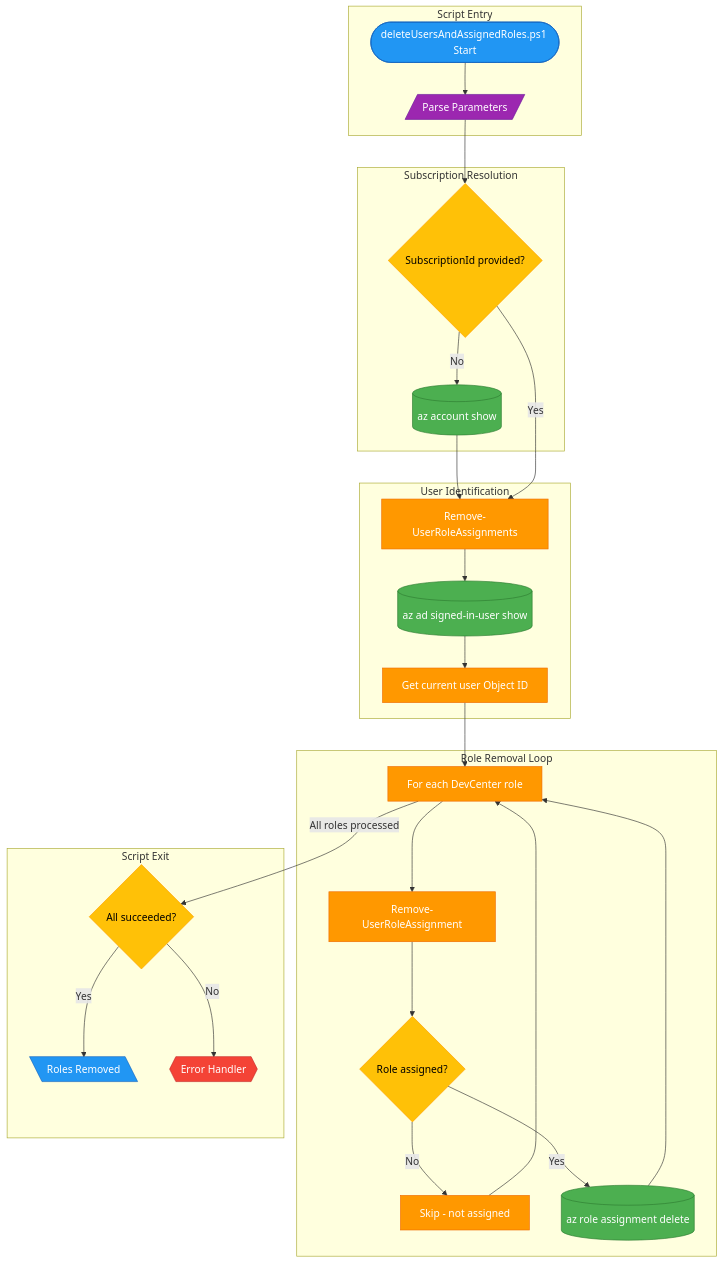
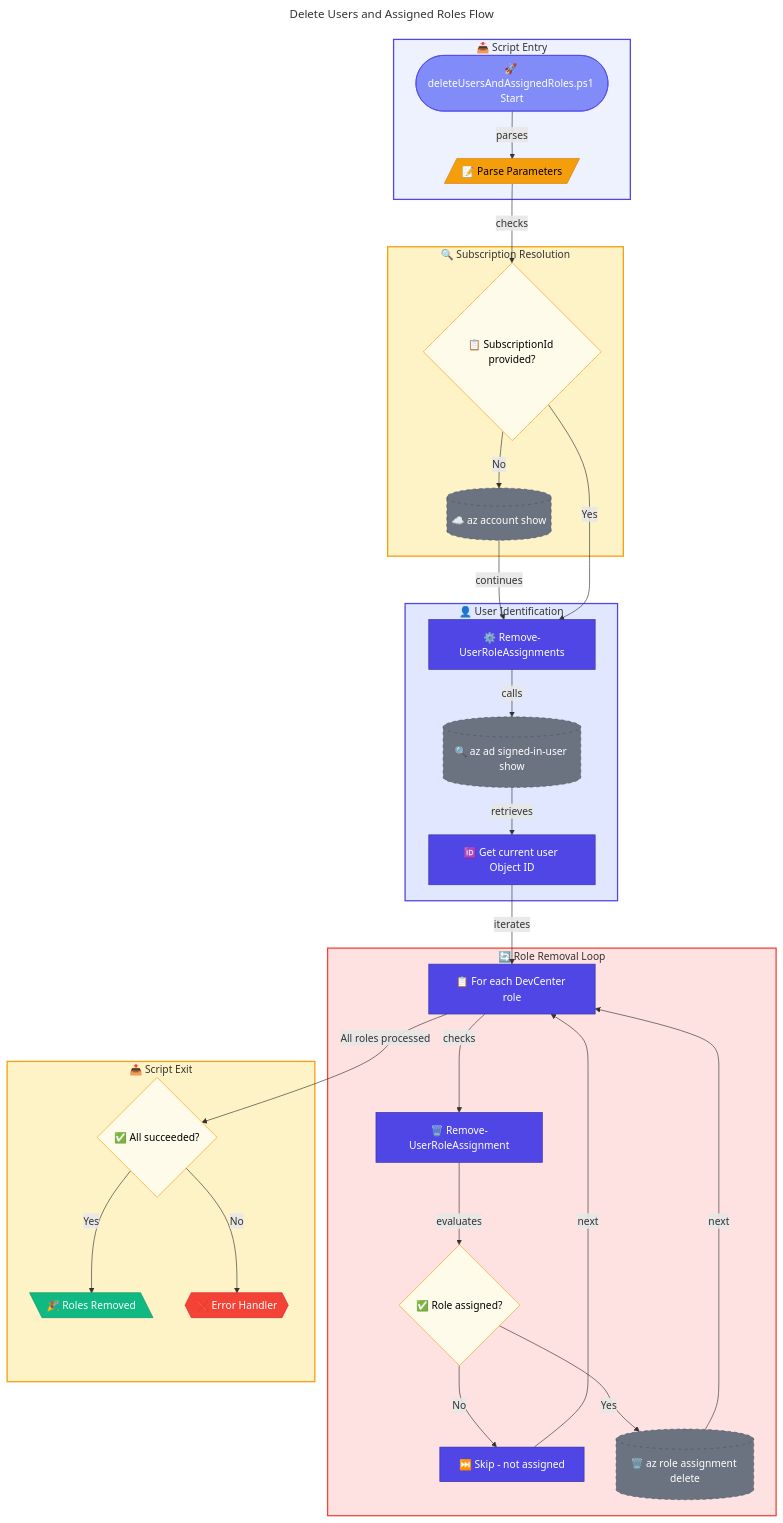
The diagram in docs/scripts/azure/delete-users-and-assigned-roles.md (Evilazaro/DevExp-DevBox), drawn with Mermaid before and after one commit. The commit also changed 2 other files, not shown here.

Commit message:
Enhance flow visualization documentation for deleteDeploymentCredentials.ps1, deleteUsersAndAssignedRoles.ps1, and generateDeploymentCredentials.ps1 scripts by adding emojis, improving diagram styles, and refining connections for better clarity and navigation.

````diff
--- a/docs/scripts/azure/delete-users-and-assigned-roles.md
+++ b/docs/scripts/azure/delete-users-and-assigned-roles.md
@@ -58,51 +58,76 @@
 ```mermaid
+---
+title: Delete Users and Assigned Roles Flow
+---
 flowchart TD
-    subgraph Entry["Script Entry"]
-        A([deleteUsersAndAssignedRoles.ps1 Start]):::entry
-        B[/"Parse Parameters"/]:::input
+    %% ===== SCRIPT ENTRY =====
+    subgraph Entry["📥 Script Entry"]
+        A(["🚀 deleteUsersAndAssignedRoles.ps1 Start"])
+        B[/"📝 Parse Parameters"/]
     end
     
-    subgraph SubCheck["Subscription Resolution"]
-        C{SubscriptionId provided?}:::decision
-        D[(az account show)]:::external
+    %% ===== SUBSCRIPTION RESOLUTION =====
+    subgraph SubCheck["🔍 Subscription Resolution"]
+        C{"📋 SubscriptionId provided?"}
+        D[("☁️ az account show")]
     end
     
-    subgraph UserLookup["User Identification"]
-        E["Remove-UserRoleAssignments"]:::core
-        F[(az ad signed-in-user show)]:::external
-        G["Get current user Object ID"]:::core
+    %% ===== USER IDENTIFICATION =====
+    subgraph UserLookup["👤 User Identification"]
+        E["⚙️ Remove-UserRoleAssignments"]
+        F[("🔍 az ad signed-in-user show")]
+        G["🆔 Get current user Object ID"]
     end
     
-    subgraph RoleLoop["Role Removal Loop"]
-        H["For each DevCenter role"]:::core
-        I["Remove-UserRoleAssignment"]:::core
-        I1{Role assigned?}:::decision
-        I2["Skip - not assigned"]:::core
-        I3[(az role assignment delete)]:::external
+    %% ===== ROLE REMOVAL LOOP =====
+    subgraph RoleLoop["🔄 Role Removal Loop"]
+        H["📋 For each DevCenter role"]
+        I["🗑️ Remove-UserRoleAssignment"]
+        I1{"✅ Role assigned?"}
+        I2["⏭️ Skip - not assigned"]
+        I3[("🗑️ az role assignment delete")]
     end
     
-    subgraph Exit["Script Exit"]
-        J{All succeeded?}:::decision
-        K[\Roles Removed\]:::output
-        L{{Error Handler}}:::error
+    %% ===== SCRIPT EXIT =====
+    subgraph Exit["📤 Script Exit"]
+        J{"✅ All succeeded?"}
+        K[\"🎉 Roles Removed"\]
+        L{{"❌ Error Handler"}}
     end
     
-    A --> B --> C
-    C -->|No| D --> E
+    %% ===== CONNECTIONS =====
+    A -->|parses| B -->|checks| C
+    C -->|No| D -->|continues| E
     C -->|Yes| E
-    E --> F --> G --> H
-    H --> I --> I1
-    I1 -->|No| I2 --> H
-    I1 -->|Yes| I3 --> H
+    E -->|calls| F -->|retrieves| G -->|iterates| H
+    H -->|checks| I -->|evaluates| I1
+    I1 -->|No| I2 -->|next| H
+    I1 -->|Yes| I3 -->|next| H
     H -->|All roles processed| J
     J -->|Yes| K
     J -->|No| L
 
-    classDef entry fill:#2196F3,stroke:#1565C0,color:#fff
-    classDef input fill:#9C27B0,stroke:#6A1B9A,color:#fff
-    classDef core fill:#FF9800,stroke:#EF6C00,color:#fff
-    classDef external fill:#4CAF50,stroke:#2E7D32,color:#fff
-    classDef decision fill:#FFC107,stroke:#FFA000,color:#000
-    classDef output fill:#2196F3,stroke:#1565C0,color:#fff
-    classDef error fill:#F44336,stroke:#C62828,color:#fff
+    %% ===== STYLES =====
+    classDef trigger fill:#818CF8,stroke:#4F46E5,color:#FFFFFF
+    classDef input fill:#F59E0B,stroke:#D97706,color:#000000
+    classDef primary fill:#4F46E5,stroke:#3730A3,color:#FFFFFF
+    classDef external fill:#6B7280,stroke:#4B5563,color:#FFFFFF,stroke-dasharray:5 5
+    classDef decision fill:#FFFBEB,stroke:#F59E0B,color:#000000
+    classDef secondary fill:#10B981,stroke:#059669,color:#FFFFFF
+    classDef failed fill:#F44336,stroke:#C62828,color:#FFFFFF
+    
+    class A trigger
+    class B input
+    class E,G,H,I,I2 primary
+    class D,F,I3 external
+    class C,I1,J decision
+    class K secondary
+    class L failed
+    
+    %% ===== SUBGRAPH STYLES =====
+    style Entry fill:#EEF2FF,stroke:#4F46E5,stroke-width:2px
+    style SubCheck fill:#FEF3C7,stroke:#F59E0B,stroke-width:2px
+    style UserLookup fill:#E0E7FF,stroke:#4F46E5,stroke-width:2px
+    style RoleLoop fill:#FEE2E2,stroke:#F44336,stroke-width:2px
+    style Exit fill:#FEF3C7,stroke:#F59E0B,stroke-width:2px
 ```
````
